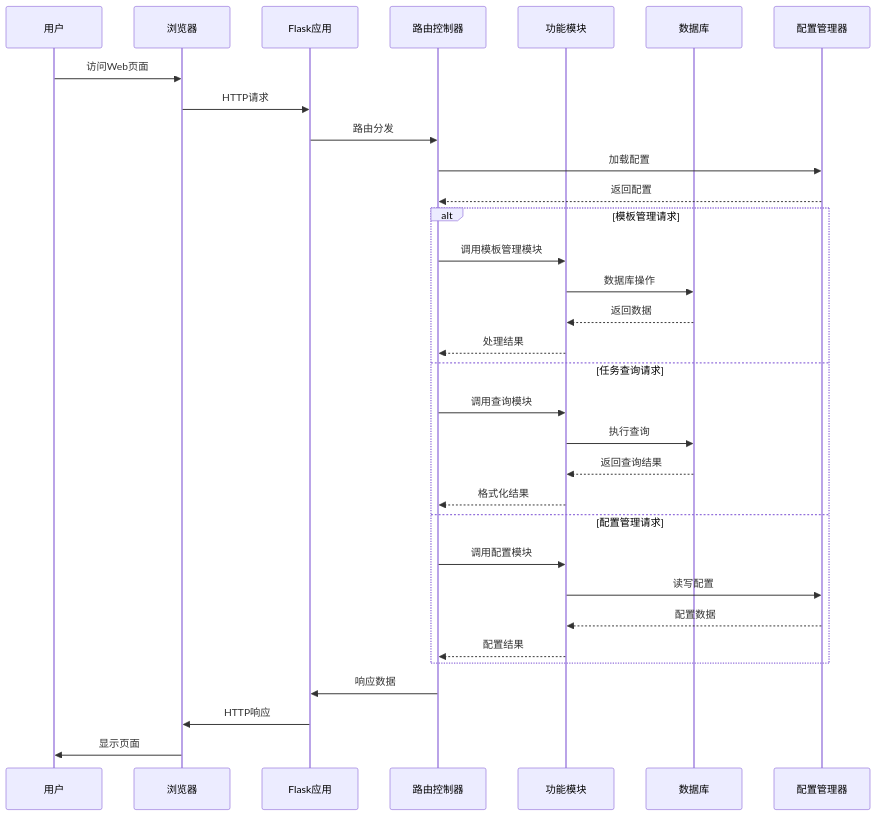
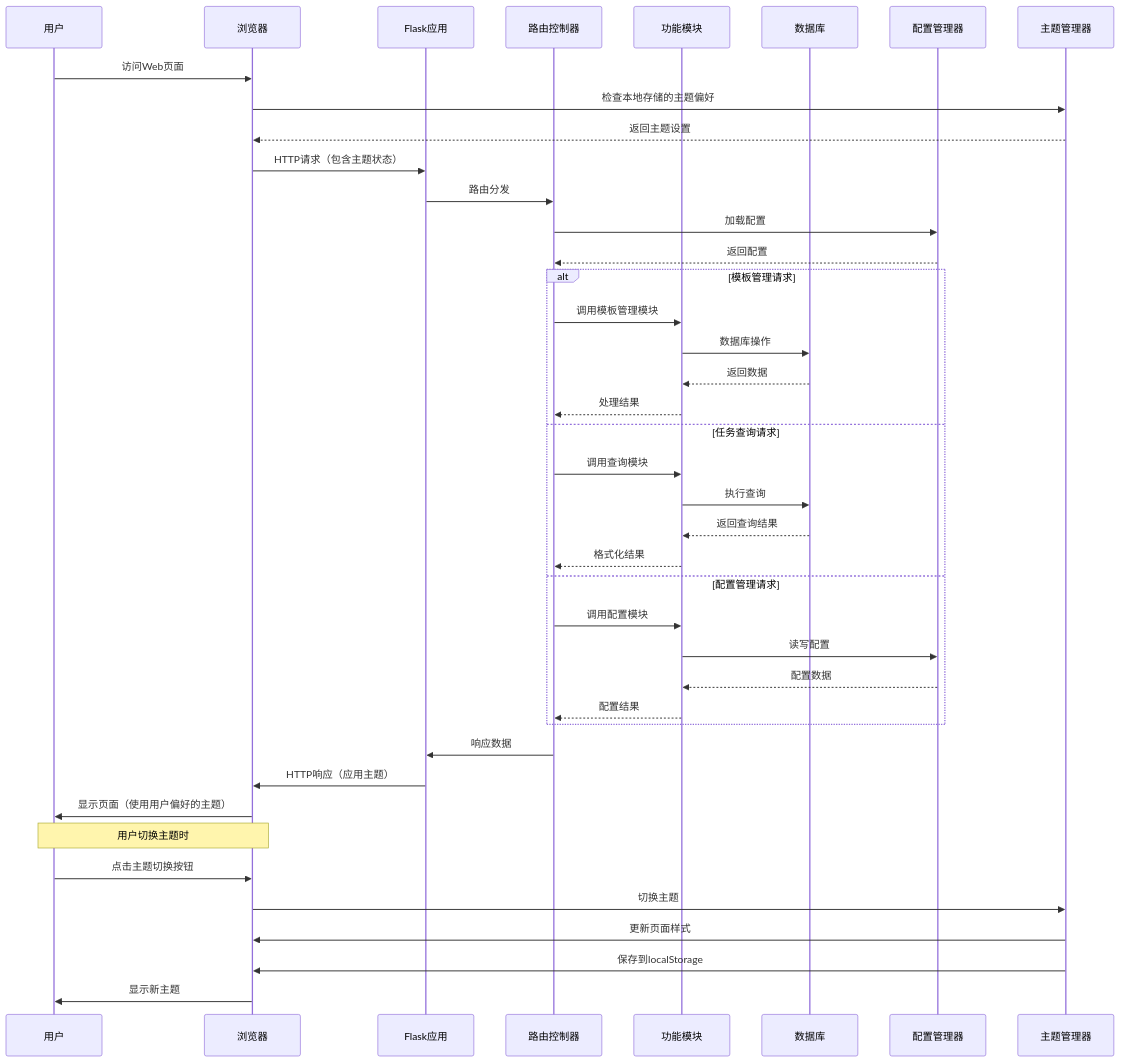
One commit to 1021143806/toolsForPersonal changed the third of 5 diagrams in projects/agv_system/app/cross_env_manager/README.md. Above: the diagram before and after it, drawn with Mermaid. The commit also changed other lines of this file and 29 other files, not shown here.

````diff
--- a/projects/agv_system/app/cross_env_manager/README.md
+++ b/projects/agv_system/app/cross_env_manager/README.md
@@ -435,37 +450,47 @@
 ```mermaid
 sequenceDiagram
     participant User as 用户
     participant Browser as 浏览器
     participant Flask as Flask应用
     participant Router as 路由控制器
     participant Module as 功能模块
     participant DB as 数据库
     participant Config as 配置管理器
+    participant Theme as 主题管理器
     
     User->>Browser: 访问Web页面
-    Browser->>Flask: HTTP请求
+    Browser->>Theme: 检查本地存储的主题偏好
+    Theme-->>Browser: 返回主题设置
+    Browser->>Flask: HTTP请求（包含主题状态）
     Flask->>Router: 路由分发
     Router->>Config: 加载配置
     Config-->>Router: 返回配置
     
     alt 模板管理请求
         Router->>Module: 调用模板管理模块
         Module->>DB: 数据库操作
         DB-->>Module: 返回数据
         Module-->>Router: 处理结果
     else 任务查询请求
         Router->>Module: 调用查询模块
         Module->>DB: 执行查询
         DB-->>Module: 返回查询结果
         Module-->>Router: 格式化结果
     else 配置管理请求
         Router->>Module: 调用配置模块
         Module->>Config: 读写配置
         Config-->>Module: 配置数据
         Module-->>Router: 配置结果
     end
     
     Router->>Flask: 响应数据
-    Flask->>Browser: HTTP响应
-    Browser->>User: 显示页面
+    Flask->>Browser: HTTP响应（应用主题）
+    Browser->>User: 显示页面（使用用户偏好的主题）
+    
+    Note over User,Browser: 用户切换主题时
+    User->>Browser: 点击主题切换按钮
+    Browser->>Theme: 切换主题
+    Theme->>Browser: 更新页面样式
+    Theme->>Browser: 保存到localStorage
+    Browser->>User: 显示新主题
 ```
````
